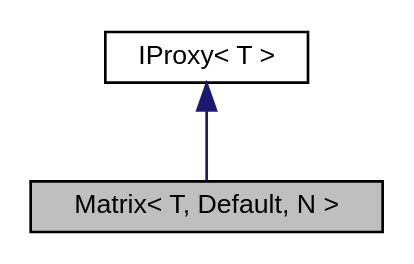
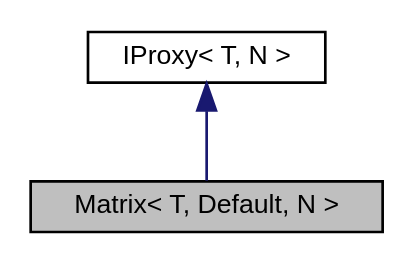
One commit to tantskii/matrix changed the diagram in class_matrix__coll__graph.dot. Above: the diagram before and after it, drawn with Graphviz. The commit also changed 95 other files, not shown here.

```diff
--- a/class_matrix__coll__graph.dot
+++ b/class_matrix__coll__graph.dot
@@ -1,8 +1,8 @@
 digraph "Matrix&lt; T, Default, N &gt;"
 {
   edge [fontname="Helvetica",fontsize="10",labelfontname="Helvetica",labelfontsize="10"];
   node [fontname="Helvetica",fontsize="10",shape=record];
   Node1 [label="Matrix\< T, Default, N \>",height=0.2,width=0.4,color="black", fillcolor="grey75", style="filled", fontcolor="black"];
   Node2 -> Node1 [dir="back",color="midnightblue",fontsize="10",style="solid",fontname="Helvetica"];
-  Node2 [label="IProxy\< T \>",height=0.2,width=0.4,color="black", fillcolor="white", style="filled",URL="$class_i_proxy.html"];
+  Node2 [label="IProxy\< T, N \>",height=0.2,width=0.4,color="black", fillcolor="white", style="filled",URL="$class_i_proxy.html"];
 }
```
